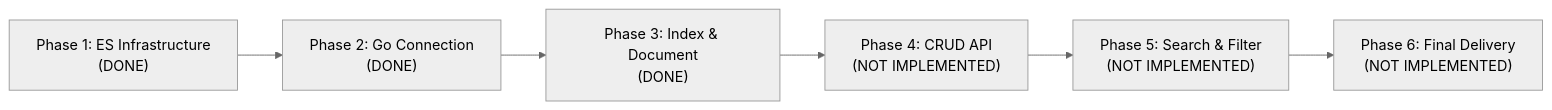
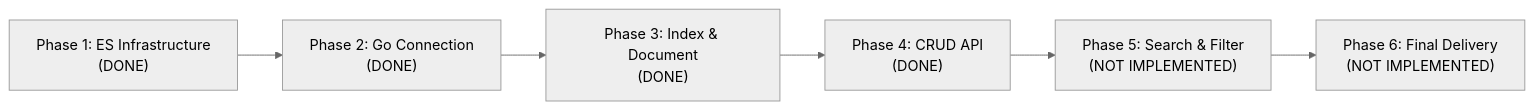
Before and after one commit to fajri-rabka/go-elastic-poc: the diagram in docs/ROADMAP.md, drawn with Mermaid (neutral theme). The commit also changed other lines of this file and 3 other files, not shown here.

````diff
--- a/docs/ROADMAP.md
+++ b/docs/ROADMAP.md
@@ -19,8 +19,8 @@
 ```mermaid
 flowchart LR
     P1["Phase 1: ES Infrastructure<br/>(DONE)"] --> P2["Phase 2: Go Connection<br/>(DONE)"]
     P2 --> P3["Phase 3: Index & Document<br/>(DONE)"]
-    P3 --> P4["Phase 4: CRUD API<br/>(NOT IMPLEMENTED)"]
+    P3 --> P4["Phase 4: CRUD API<br/>(DONE)"]
     P4 --> P5["Phase 5: Search & Filter<br/>(NOT IMPLEMENTED)"]
     P5 --> P6["Phase 6: Final Delivery<br/>(NOT IMPLEMENTED)"]
 ```
````
